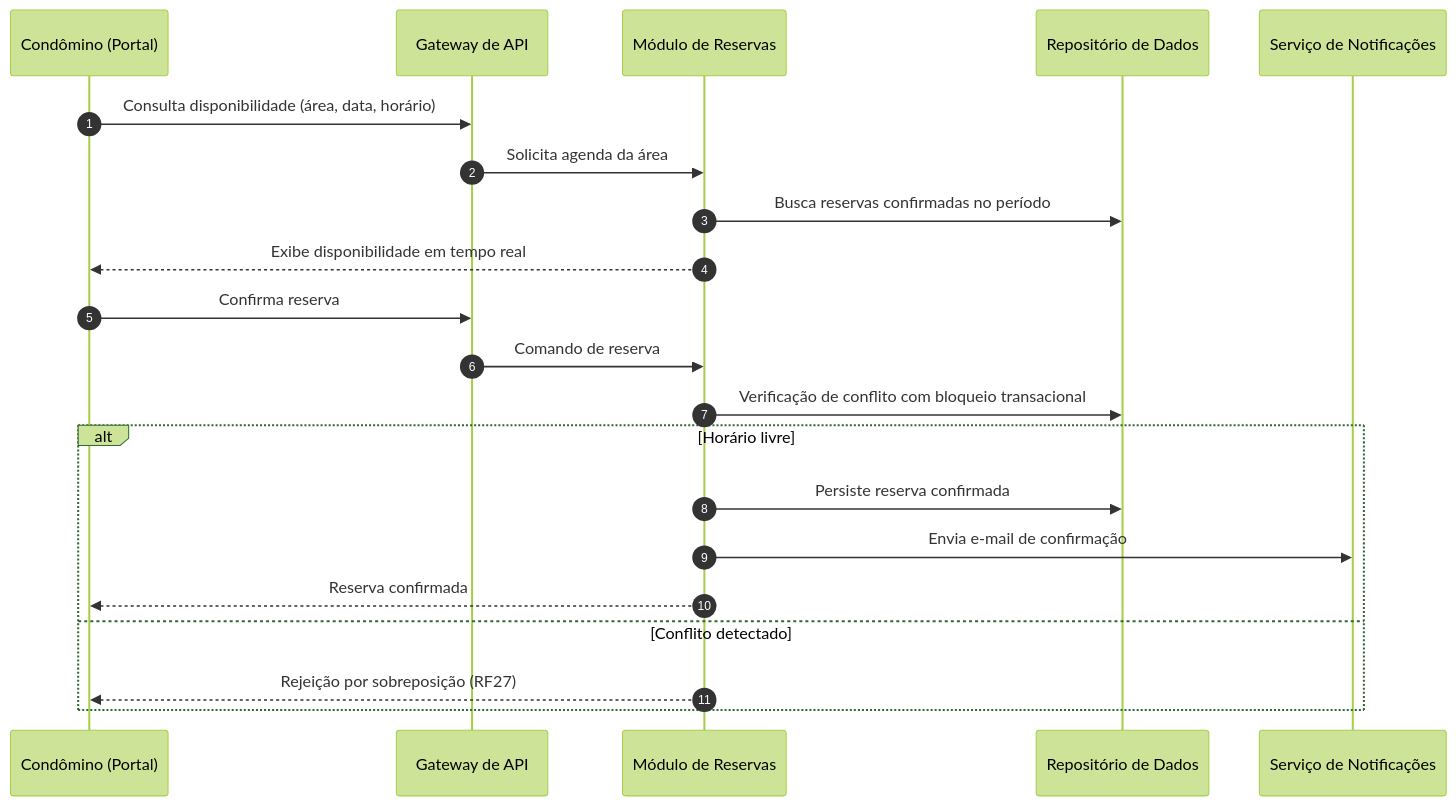
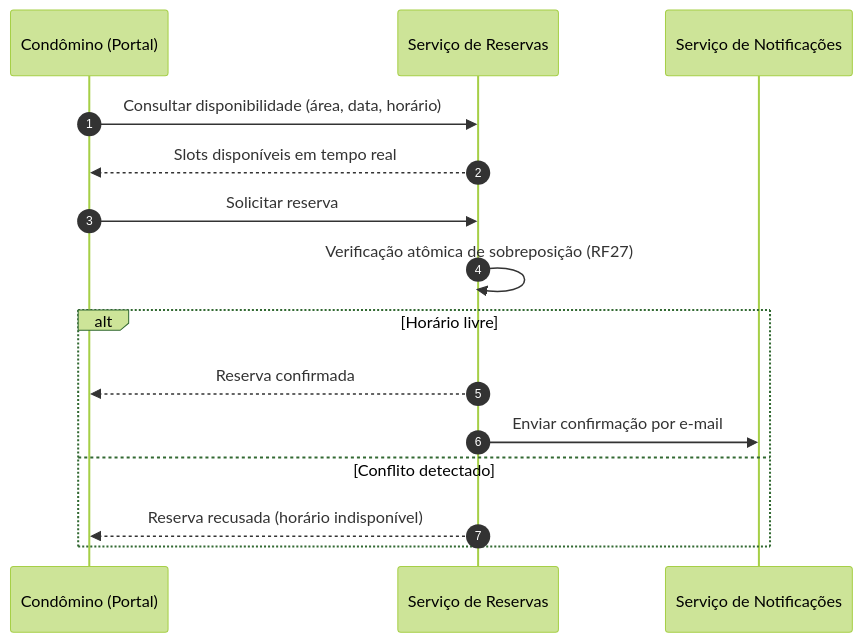
One commit to PDC-ESIA/AI4ES changed the third of 3 diagrams in docs/Time_2_Design/analise-qualitativa/outputs/relatorio_claude_fable_5_M04.md. Above: the diagram before and after it, drawn with Mermaid (forest theme). The commit also changed other lines of this file and 93 other files, not shown here.

````diff
--- a/docs/Time_2_Design/analise-qualitativa/outputs/relatorio_claude_fable_5_M04.md
+++ b/docs/Time_2_Design/analise-qualitativa/outputs/relatorio_claude_fable_5_M04.md
@@ -140,24 +121,18 @@
 ```mermaid
 sequenceDiagram
     autonumber
     participant C as Condômino (Portal)
-    participant GW as Gateway de API
-    participant RES as Módulo de Reservas
-    participant REPO as Repositório de Dados
+    participant RES as Serviço de Reservas
     participant NOT as Serviço de Notificações
 
-    C->>GW: Consulta disponibilidade (área, data, horário)
-    GW->>RES: Solicita agenda da área
-    RES->>REPO: Busca reservas confirmadas no período
-    RES-->>C: Exibe disponibilidade em tempo real
-    C->>GW: Confirma reserva
-    GW->>RES: Comando de reserva
-    RES->>REPO: Verificação de conflito com bloqueio transacional
+    C->>RES: Consultar disponibilidade (área, data, horário)
+    RES-->>C: Slots disponíveis em tempo real
+    C->>RES: Solicitar reserva
+    RES->>RES: Verificação atômica de sobreposição (RF27)
     alt Horário livre
-        RES->>REPO: Persiste reserva confirmada
-        RES->>NOT: Envia e-mail de confirmação
         RES-->>C: Reserva confirmada
+        RES->>NOT: Enviar confirmação por e-mail
     else Conflito detectado
-        RES-->>C: Rejeição por sobreposição (RF27)
+        RES-->>C: Reserva recusada (horário indisponível)
     end
 ```
````
